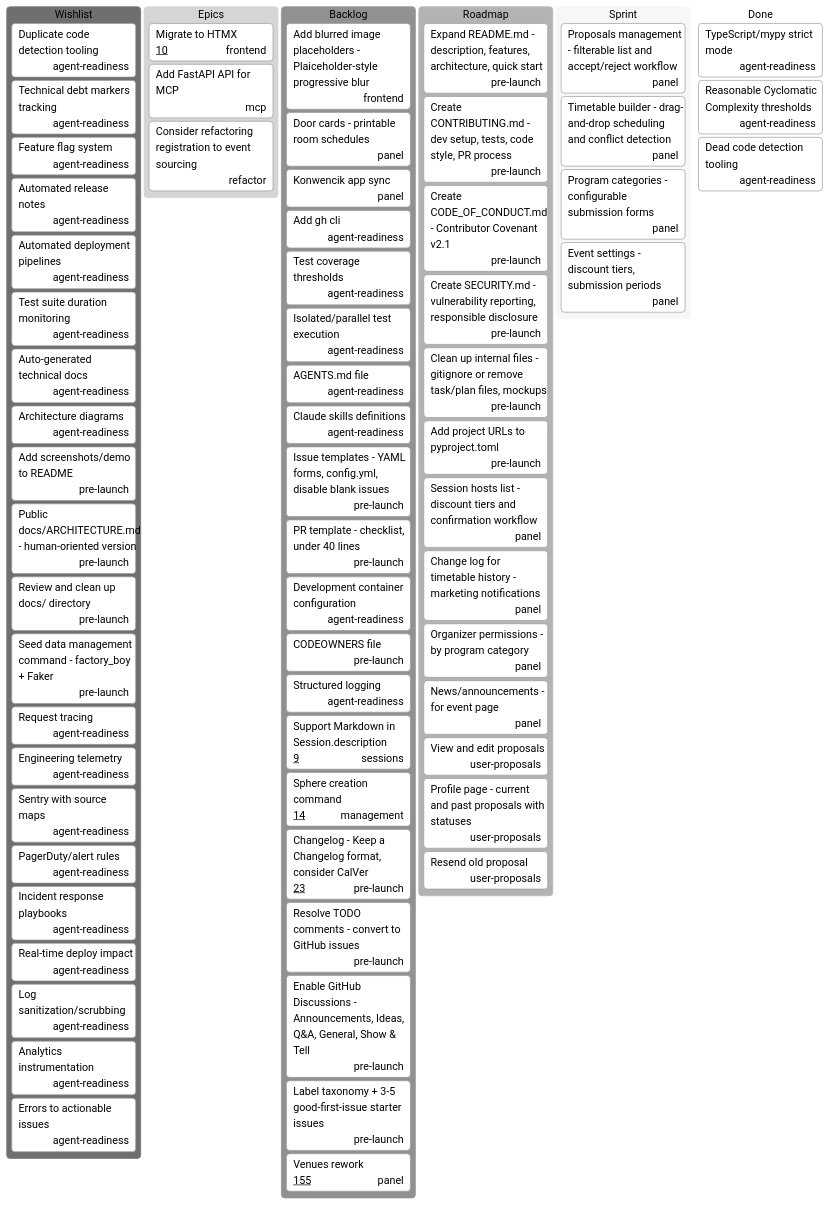
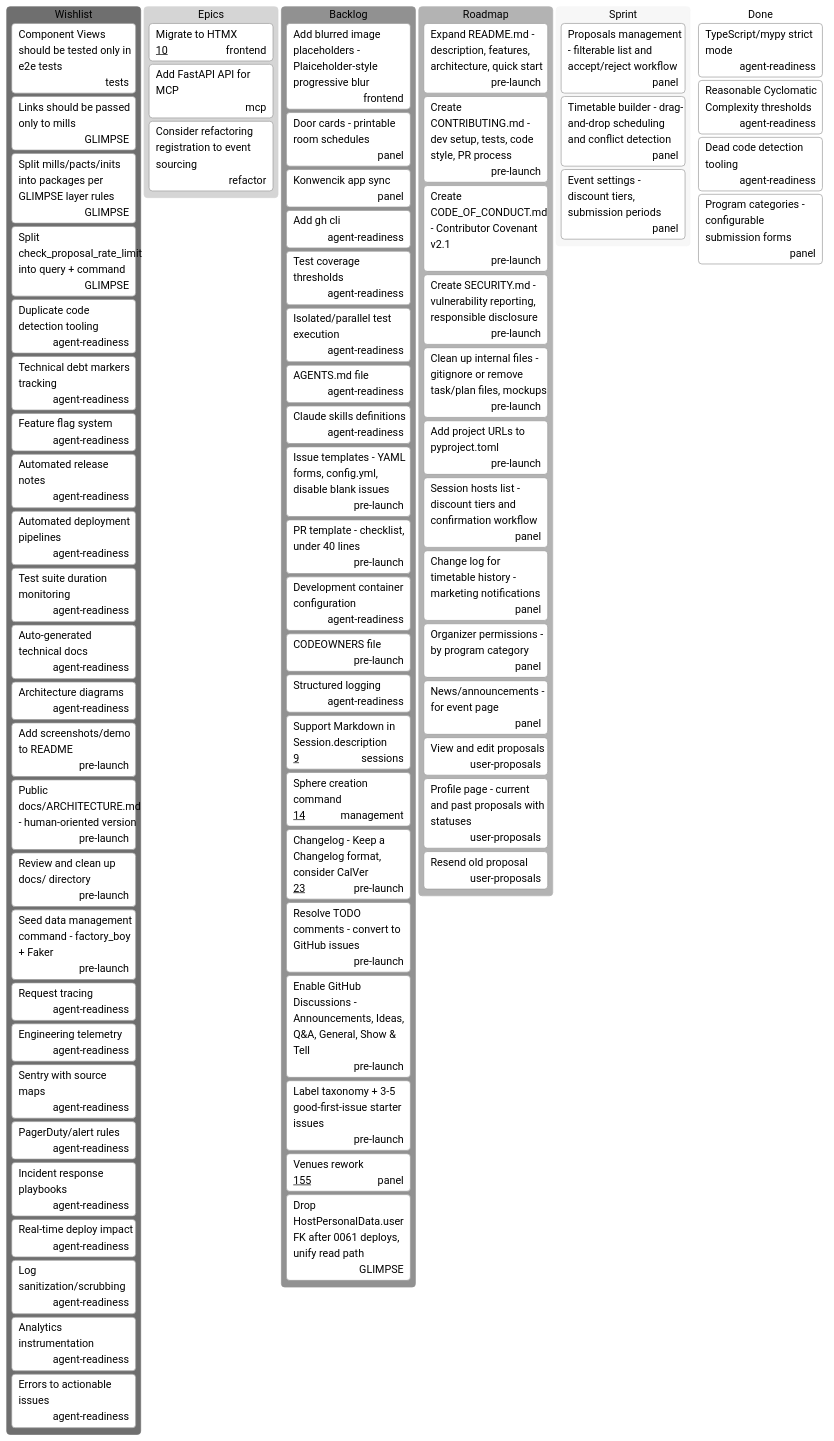
The diagram in TODO.md (fancysnake/ludamus), drawn with Mermaid (neutral theme) before and after one commit. The commit also changed 21 other files, not shown here.

````diff
--- a/TODO.md
+++ b/TODO.md
@@ -8,6 +8,14 @@
 ---
 kanban
   Wishlist
+    [Component Views should be tested only in e2e tests]@{ assigned: 'tests' }
+    [Links should be passed only to mills]@{ assigned: 'GLIMPSE' }
+    [Split mills/pacts/inits into packages per GLIMPSE layer rules]@{
+      assigned: 'GLIMPSE'
+    }
+    [Split check_proposal_rate_limit into query + command]@{
+      assigned: 'GLIMPSE'
+    }
     [Duplicate code detection tooling]@{ assigned: 'agent-readiness' }
     [Technical debt markers tracking]@{ assigned: 'agent-readiness' }
     [Feature flag system]@{ assigned: 'agent-readiness' }
@@ -78,6 +86,9 @@
       assigned: 'pre-launch'
     }
     [Venues rework]@{ assigned: 'panel', ticket: 155 }
+    [Drop HostPersonalData.user FK after 0061 deploys, unify read path]@{
+      assigned: 'GLIMPSE'
+    }
 
   Roadmap
     [Expand README.md - description, features, architecture, quick start]@{
@@ -117,7 +128,6 @@
     [Timetable builder - drag-and-drop scheduling and conflict detection]@{
       assigned: 'panel'
     }
-    [Program categories - configurable submission forms]@{ assigned: 'panel' }
     [Event settings - discount tiers, submission periods]@{ assigned: 'panel' }
 
   Done
@@ -126,4 +136,5 @@
       assigned: 'agent-readiness'
     }
     [Dead code detection tooling]@{ assigned: 'agent-readiness' }
+    [Program categories - configurable submission forms]@{ assigned: 'panel' }
 ```
````
